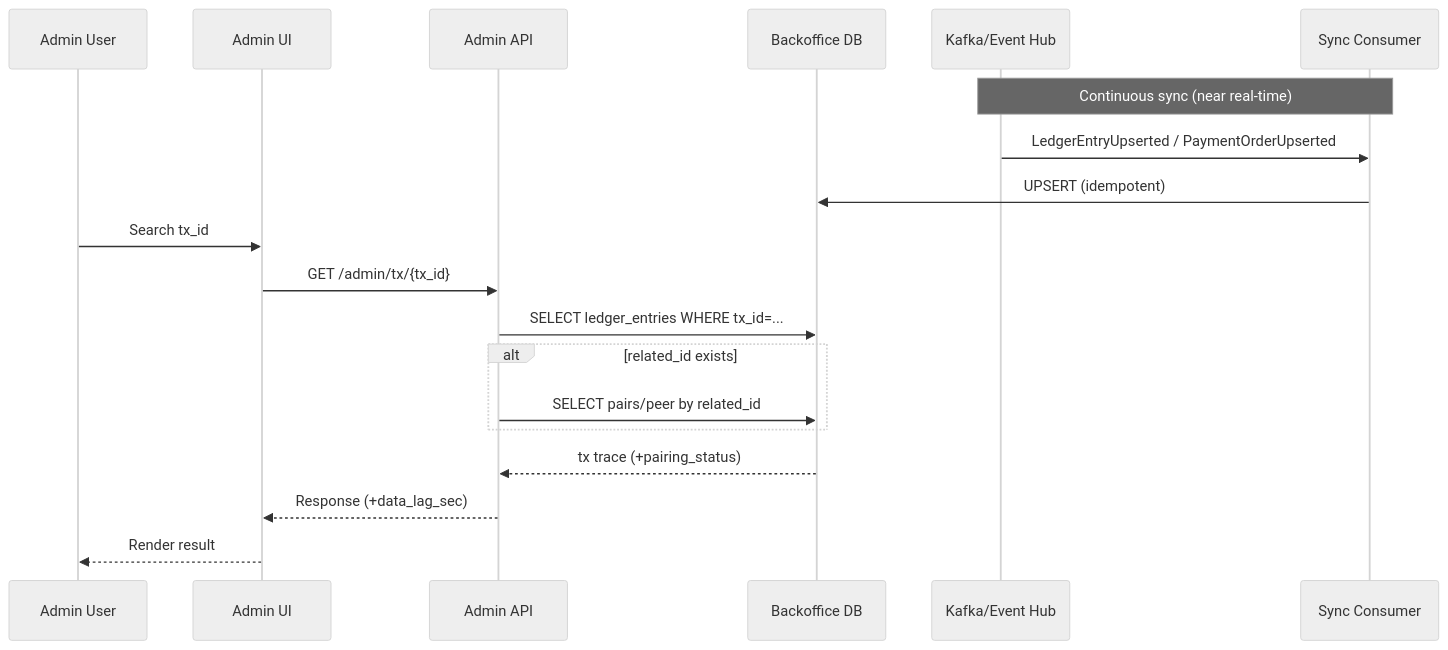
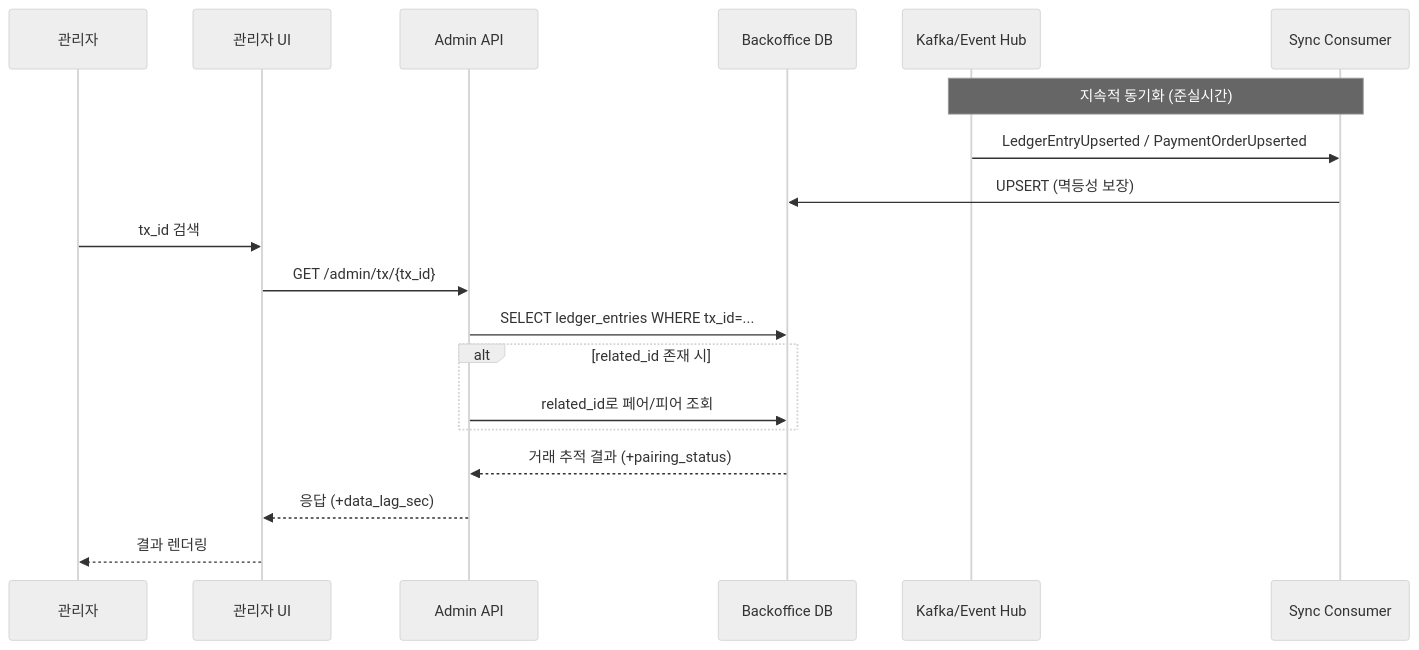
One commit to Naver-Dunamu-Merge-TF/NSC-tx-lookup-service changed the diagram in README.md. Above: the diagram before and after it, drawn with Mermaid (neutral theme). The commit also changed other lines of this file and 2 other files, not shown here.

First line of the commit message:
Enrich OpenAPI documentation for frontend consumption

````diff
--- a/README.md
+++ b/README.md
@@ -50,23 +56,23 @@
 ```mermaid
 sequenceDiagram
-  participant Admin as Admin User
-  participant UI as Admin UI
+  participant Admin as 관리자
+  participant UI as 관리자 UI
   participant API as Admin API
   participant DB as Backoffice DB
   participant BUS as Kafka/Event Hub
   participant C as Sync Consumer
 
-  Note over BUS,C: Continuous sync (near real-time)
+  Note over BUS,C: 지속적 동기화 (준실시간)
   BUS->>C: LedgerEntryUpserted / PaymentOrderUpserted
-  C->>DB: UPSERT (idempotent)
+  C->>DB: UPSERT (멱등성 보장)
 
-  Admin->>UI: Search tx_id
+  Admin->>UI: tx_id 검색
   UI->>API: GET /admin/tx/{tx_id}
   API->>DB: SELECT ledger_entries WHERE tx_id=...
-  alt related_id exists
-    API->>DB: SELECT pairs/peer by related_id
+  alt related_id 존재 시
+    API->>DB: related_id로 페어/피어 조회
   end
-  DB-->>API: tx trace (+pairing_status)
-  API-->>UI: Response (+data_lag_sec)
-  UI-->>Admin: Render result
+  DB-->>API: 거래 추적 결과 (+pairing_status)
+  API-->>UI: 응답 (+data_lag_sec)
+  UI-->>Admin: 결과 렌더링
 ```
````
